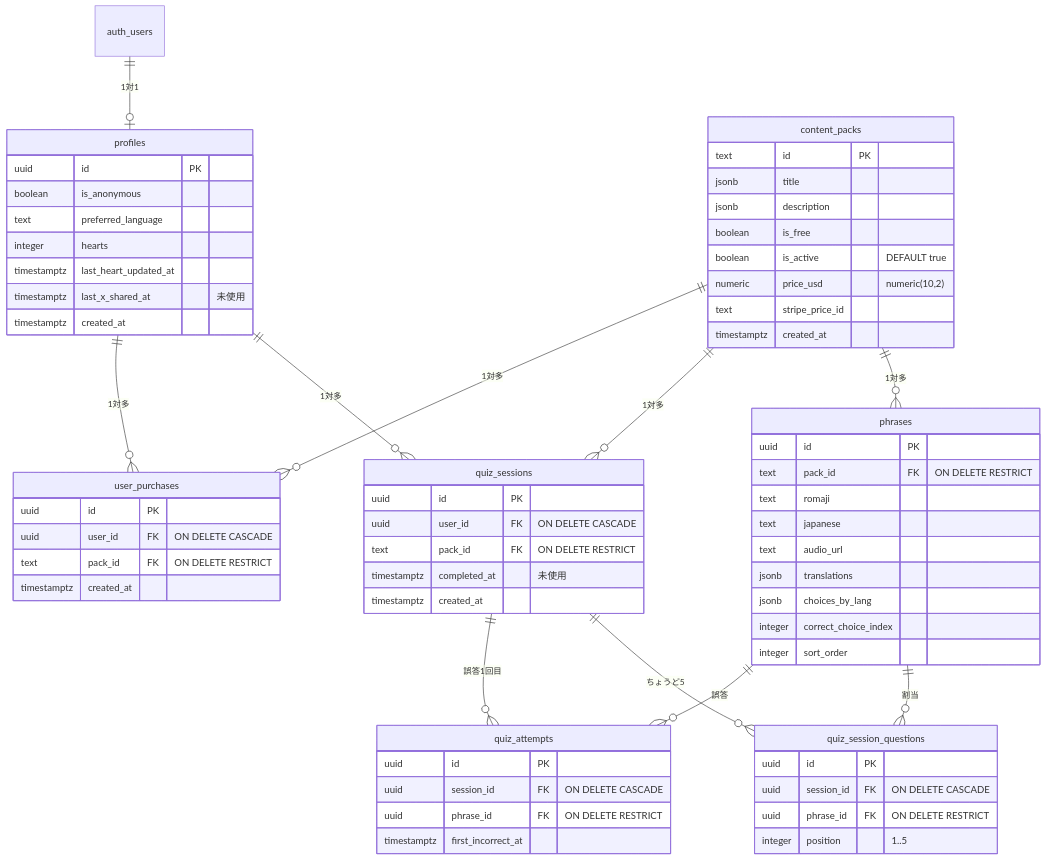
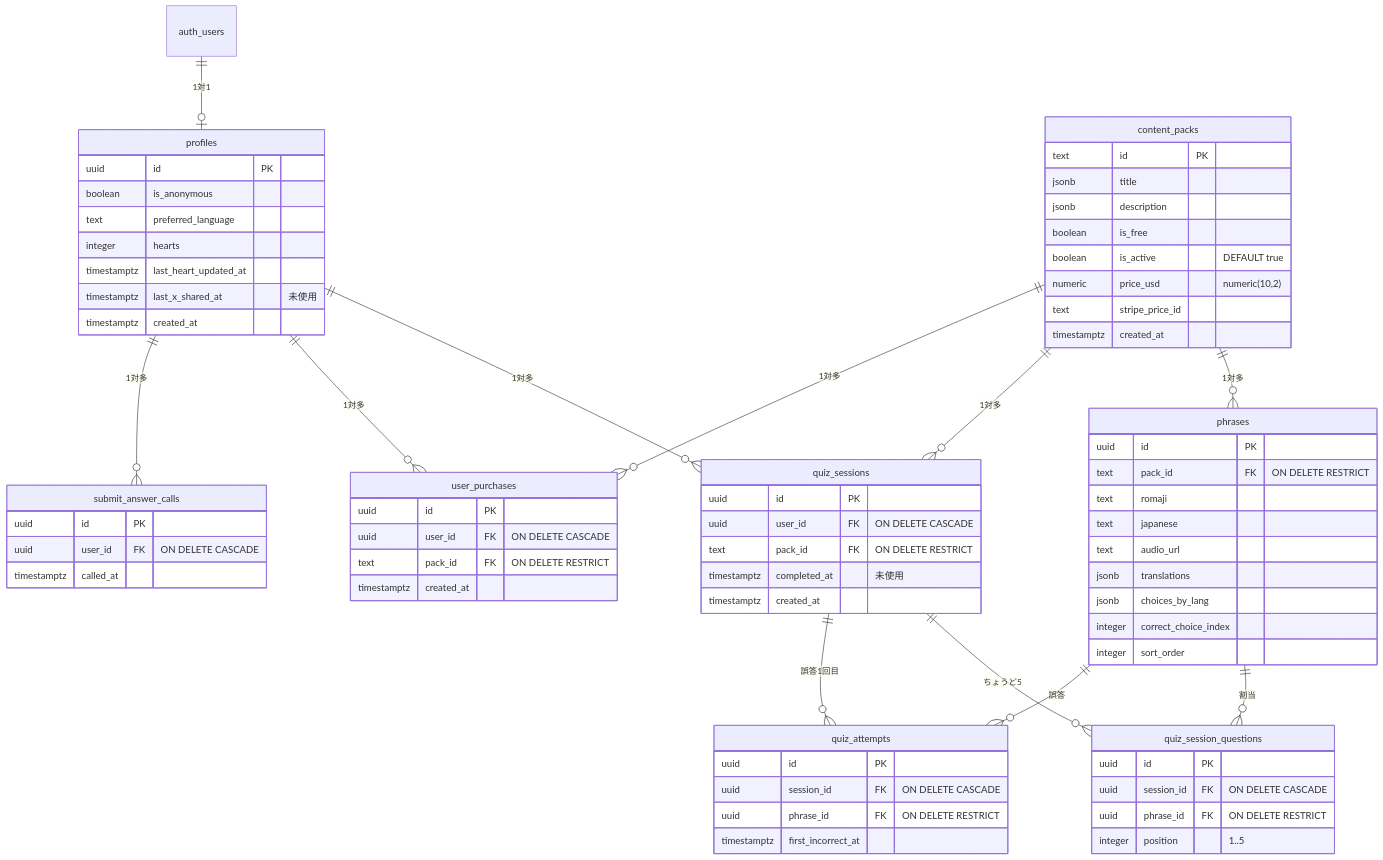
The diagram in docs/design/4_db_schema.md (atosantasan/japanki), drawn with Mermaid before and after one commit. The commit also changed other lines of this file and 11 other files, not shown here.

First line of the commit message:
fix: submit_answer のレート制限を RPC 内の DB カウントに統一する (#47)

````diff
--- a/docs/design/4_db_schema.md
+++ b/docs/design/4_db_schema.md
@@ -41,75 +43,82 @@
 ```mermaid
 erDiagram
     auth_users ||--o| profiles : "1対1"
     content_packs ||--o{ phrases : "1対多"
     content_packs ||--o{ quiz_sessions : "1対多"
     content_packs ||--o{ user_purchases : "1対多"
     profiles ||--o{ quiz_sessions : "1対多"
     profiles ||--o{ user_purchases : "1対多"
+    profiles ||--o{ submit_answer_calls : "1対多"
     quiz_sessions ||--o{ quiz_session_questions : "ちょうど5"
     quiz_sessions ||--o{ quiz_attempts : "誤答1回目"
     phrases ||--o{ quiz_session_questions : "割当"
     phrases ||--o{ quiz_attempts : "誤答"
 
     profiles {
         uuid id PK
         boolean is_anonymous
         text preferred_language
         integer hearts
         timestamptz last_heart_updated_at
         timestamptz last_x_shared_at "未使用"
         timestamptz created_at
     }
 
     content_packs {
         text id PK
         jsonb title
         jsonb description
         boolean is_free
         boolean is_active "DEFAULT true"
         numeric price_usd "numeric(10,2)"
         text stripe_price_id
         timestamptz created_at
     }
 
     phrases {
         uuid id PK
         text pack_id FK "ON DELETE RESTRICT"
         text romaji
         text japanese
         text audio_url
         jsonb translations
         jsonb choices_by_lang
         integer correct_choice_index
         integer sort_order
     }
 
     quiz_sessions {
         uuid id PK
         uuid user_id FK "ON DELETE CASCADE"
         text pack_id FK "ON DELETE RESTRICT"
         timestamptz completed_at "未使用"
         timestamptz created_at
     }
 
     quiz_session_questions {
         uuid id PK
         uuid session_id FK "ON DELETE CASCADE"
         uuid phrase_id FK "ON DELETE RESTRICT"
         integer position "1..5"
     }
 
     quiz_attempts {
         uuid id PK
         uuid session_id FK "ON DELETE CASCADE"
         uuid phrase_id FK "ON DELETE RESTRICT"
         timestamptz first_incorrect_at
     }
 
     user_purchases {
         uuid id PK
         uuid user_id FK "ON DELETE CASCADE"
         text pack_id FK "ON DELETE RESTRICT"
         timestamptz created_at
     }
+
+    submit_answer_calls {
+        uuid id PK
+        uuid user_id FK "ON DELETE CASCADE"
+        timestamptz called_at
+    }
 ```
````
